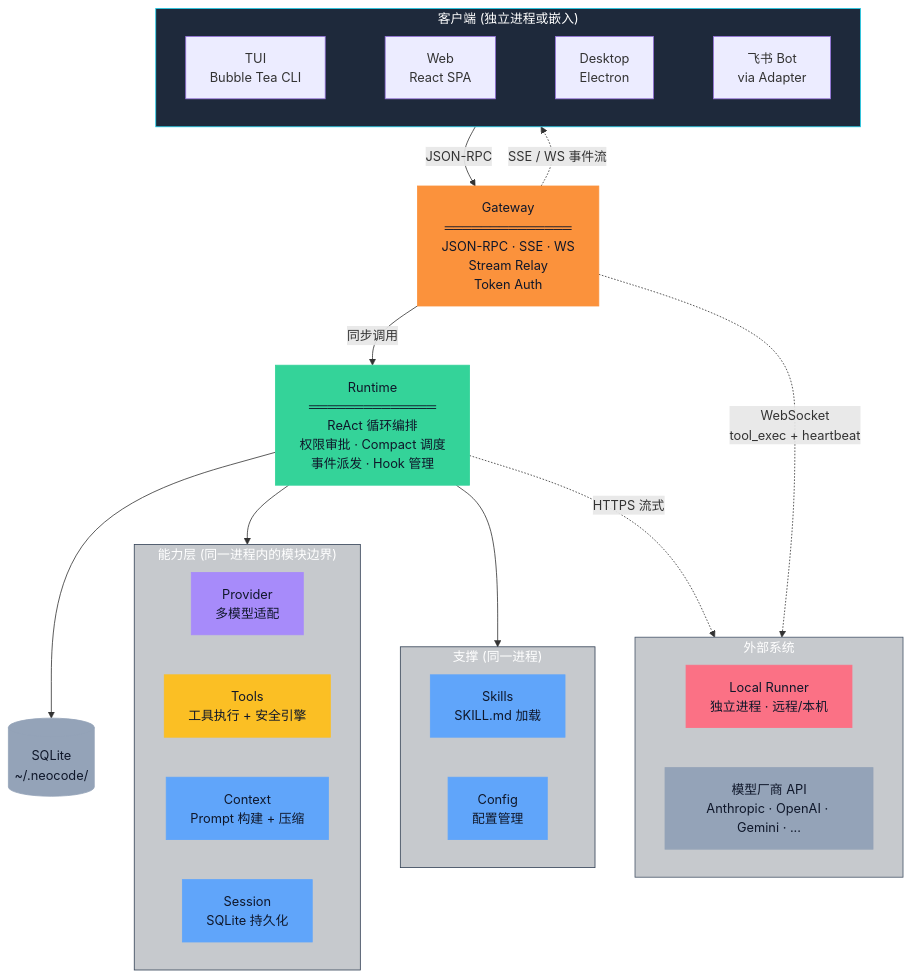
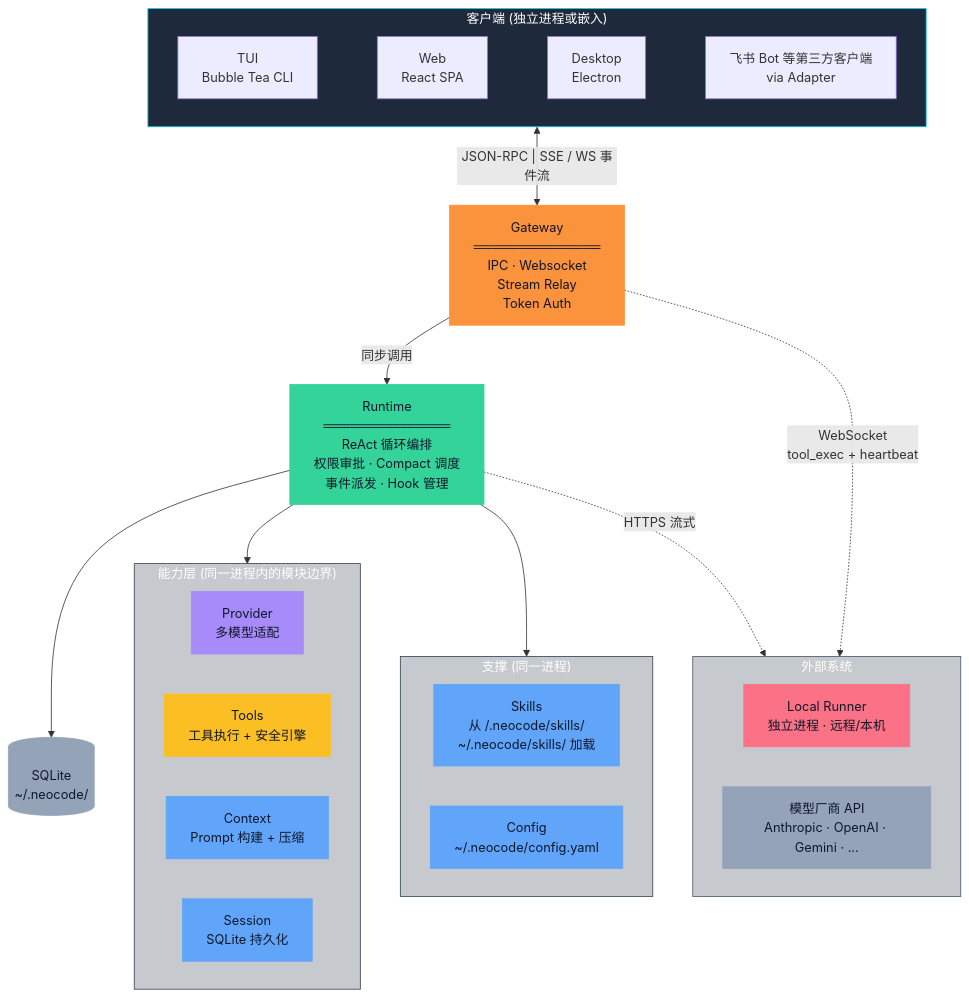
One commit to 1024XEngineer/neo-code changed the first of 2 diagrams in docs/architecture/architecture-v4.md. Above: the diagram before and after it, drawn with Mermaid. The commit also changed other lines of this file, not shown here.

````diff
--- a/docs/architecture/architecture-v4.md
+++ b/docs/architecture/architecture-v4.md
@@ -19,64 +19,64 @@
 ```mermaid
 graph TD
     %% --- 客户端 ---
     subgraph Client["客户端 (独立进程或嵌入)"]
         direction LR
-        TUI["TUI<br/>Bubble Tea CLI"] ~~~ WEB["Web<br/>React SPA"] ~~~ DT["Desktop<br/>Electron"] ~~~ FS["飞书 Bot<br/>via Adapter"]
+        TUI["TUI<br/>Bubble Tea CLI"] ~~~ WEB["Web<br/>React SPA"] ~~~ DT["Desktop<br/>Electron"] ~~~ FS["飞书 Bot 等第三方客户端<br/>via Adapter"]
     end
 
     %% --- 核心 ---
-    GW["Gateway<br/>══════════════<br/>JSON-RPC · SSE · WS<br/>Stream Relay<br/>Token Auth"]
+    GW["Gateway<br/>══════════════<br/>IPC · Websocket<br/>Stream Relay<br/>Token Auth"]
     RT["Runtime<br/>══════════════<br/>ReAct 循环编排<br/>权限审批 · Compact 调度<br/>事件派发 · Hook 管理"]
 
     %% --- 能力层 ---
     subgraph Capability["能力层 (同一进程内的模块边界)"]
         direction LR
         PR["Provider<br/>多模型适配"]
         TL["Tools<br/>工具执行 + 安全引擎"]
         CTX["Context<br/>Prompt 构建 + 压缩"]
         SESS["Session<br/>SQLite 持久化"]
     end
 
     %% --- 支撑 ---
     subgraph Support["支撑 (同一进程)"]
         direction LR
-        SK["Skills<br/>SKILL.md 加载"]
-        CFG["Config<br/>配置管理"]
+        SK["Skills<br/>从 <workspace>/.neocode/skills/ <br> ~/.neocode/skills/ 加载"]
+        CFG["Config<br/>~/.neocode/config.yaml"]
     end
 
     %% --- 外部 ---
     subgraph External["外部系统"]
         direction LR
         RN["Local Runner<br/>独立进程 · 远程/本机"]
         LLM["模型厂商 API<br/>Anthropic · OpenAI · Gemini · ..."]
     end
 
     DB[("SQLite<br/>~/.neocode/")]
 
     %% --- 连线 ---
-    Client -->|"JSON-RPC"| GW
+    Client <-->|"JSON-RPC | SSE / WS 事件流"| GW
     GW -->|"同步调用"| RT
     RT --> Capability
     RT --> Support
     RT --> DB
-    GW -.->|"SSE / WS 事件流"| Client
     GW -.->|"WebSocket<br/>tool_exec + heartbeat"| RN
     RT -.->|"HTTPS 流式"| LLM
 
     %% --- 样式 ---
     style GW fill:#fb923c,stroke:#fb923c,color:#0f172a
     style RT fill:#34d399,stroke:#34d399,color:#0f172a
     style PR fill:#a78bfa,stroke:#a78bfa,color:#0f172a
     style TL fill:#fbbf24,stroke:#fbbf24,color:#0f172a
     style CTX fill:#60a5fa,stroke:#60a5fa,color:#0f172a
     style SESS fill:#60a5fa,stroke:#60a5fa,color:#0f172a
     style SK fill:#60a5fa,stroke:#60a5fa,color:#0f172a
     style CFG fill:#60a5fa,stroke:#60a5fa,color:#0f172a
     style DB fill:#94a3b8,stroke:#94a3b8,color:#0f172a
     style RN fill:#fb7185,stroke:#fb7185,color:#0f172a
     style LLM fill:#94a3b8,stroke:#94a3b8,color:#0f172a
     style Client fill:#1e293b,stroke:#22d3ee,color:white
     style Capability fill:#1e293b40,stroke:#334155,color:white
     style Support fill:#1e293b40,stroke:#334155,color:white
     style External fill:#1e293b40,stroke:#475569,color:white
+
 ```
````
